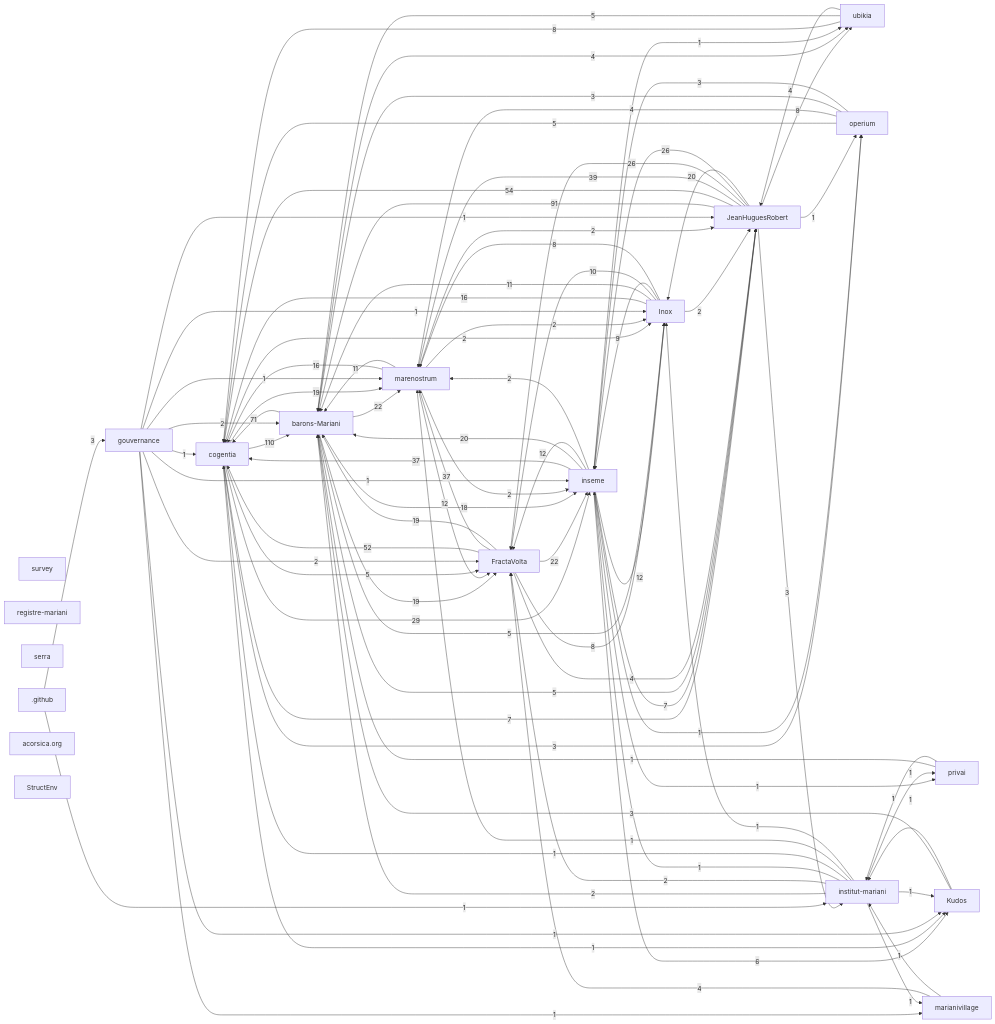
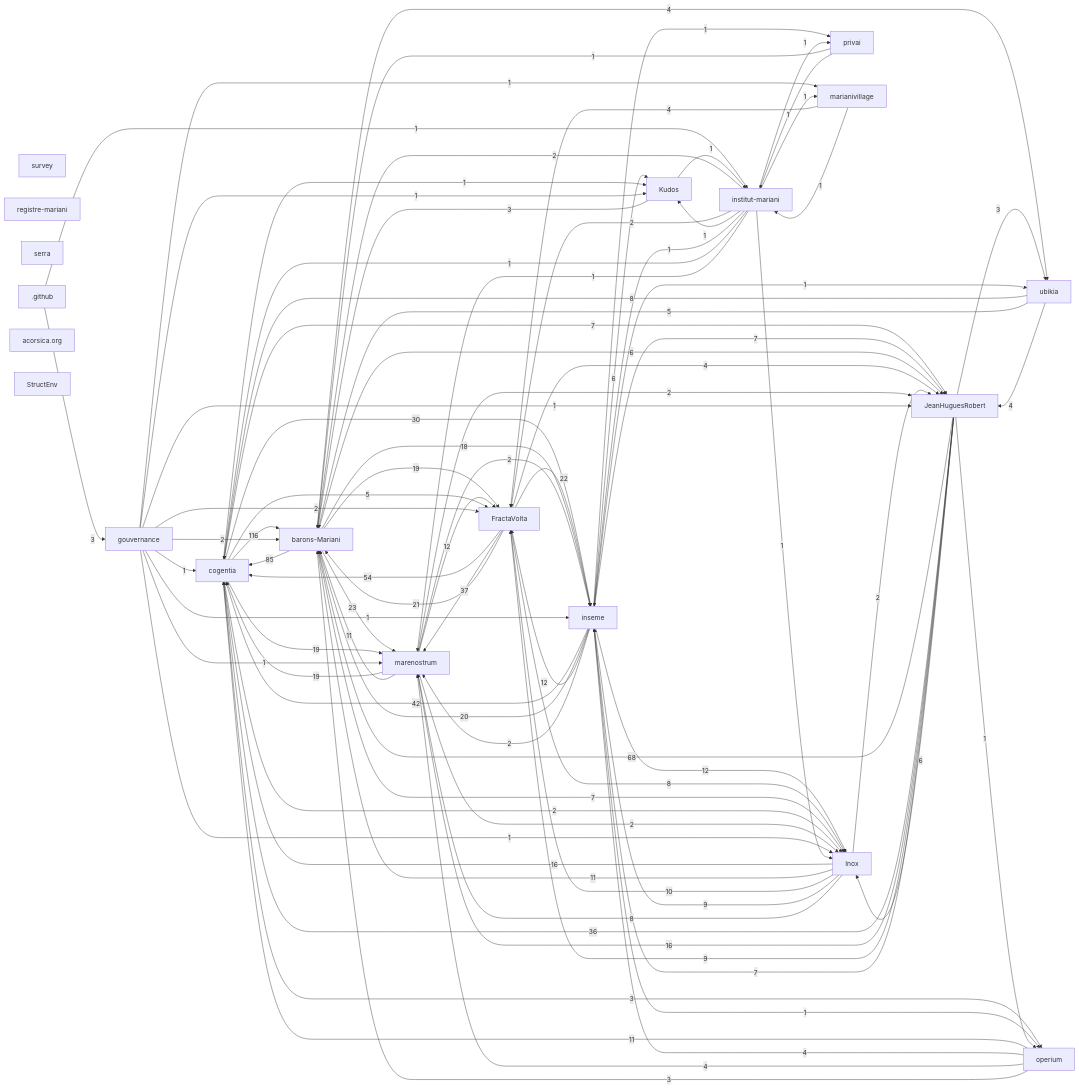
The diagram in research/corpus-status.md (JeanHuguesRobert/Inox), drawn with Mermaid before and after one commit. The commit also changed 7 other files, not shown here.

```diff
--- a/research/corpus-status.md
+++ b/research/corpus-status.md
@@ -73,57 +73,56 @@
   r_github[".github"]
   r_acorsica_org["acorsica.org"]
   r_structenv["StructEnv"]
-  r_cogentia -->|110| r_barons_mariani
-  r_jeanhuguesrobert -->|91| r_barons_mariani
-  r_barons_mariani -->|71| r_cogentia
-  r_jeanhuguesrobert -->|54| r_cogentia
-  r_fractavolta -->|52| r_cogentia
-  r_jeanhuguesrobert -->|39| r_marenostrum
+  r_cogentia -->|116| r_barons_mariani
+  r_barons_mariani -->|85| r_cogentia
+  r_jeanhuguesrobert -->|68| r_barons_mariani
+  r_fractavolta -->|54| r_cogentia
+  r_inseme -->|42| r_cogentia
   r_fractavolta -->|37| r_marenostrum
-  r_inseme -->|37| r_cogentia
-  r_cogentia -->|29| r_inseme
-  r_jeanhuguesrobert -->|26| r_fractavolta
-  r_jeanhuguesrobert -->|26| r_inseme
-  r_barons_mariani -->|22| r_marenostrum
+  r_jeanhuguesrobert -->|36| r_cogentia
+  r_cogentia -->|30| r_inseme
+  r_barons_mariani -->|23| r_marenostrum
   r_fractavolta -->|22| r_inseme
+  r_fractavolta -->|21| r_barons_mariani
   r_inseme -->|20| r_barons_mariani
-  r_jeanhuguesrobert -->|20| r_inox
   r_barons_mariani -->|19| r_fractavolta
   r_cogentia -->|19| r_marenostrum
-  r_fractavolta -->|19| r_barons_mariani
+  r_marenostrum -->|19| r_cogentia
   r_barons_mariani -->|18| r_inseme
   r_inox -->|16| r_cogentia
-  r_marenostrum -->|16| r_cogentia
+  r_jeanhuguesrobert -->|16| r_marenostrum
   r_inseme -->|12| r_fractavolta
   r_inseme -->|12| r_inox
   r_marenostrum -->|12| r_fractavolta
   r_inox -->|11| r_barons_mariani
   r_marenostrum -->|11| r_barons_mariani
+  r_operium -->|11| r_cogentia
   r_inox -->|10| r_fractavolta
   r_inox -->|9| r_inseme
+  r_jeanhuguesrobert -->|9| r_fractavolta
   r_fractavolta -->|8| r_inox
   r_inox -->|8| r_marenostrum
-  r_jeanhuguesrobert -->|8| r_ubikia
   r_ubikia -->|8| r_cogentia
+  r_barons_mariani -->|7| r_inox
   r_cogentia -->|7| r_jeanhuguesrobert
   r_inseme -->|7| r_jeanhuguesrobert
+  r_jeanhuguesrobert -->|7| r_inseme
+  r_barons_mariani -->|6| r_jeanhuguesrobert
   r_inseme -->|6| r_kudos
-  r_barons_mariani -->|5| r_inox
-  r_barons_mariani -->|5| r_jeanhuguesrobert
+  r_jeanhuguesrobert -->|6| r_inox
   r_cogentia -->|5| r_fractavolta
-  r_operium -->|5| r_cogentia
   r_ubikia -->|5| r_barons_mariani
   r_barons_mariani -->|4| r_ubikia
   r_fractavolta -->|4| r_jeanhuguesrobert
   r_marianivillage -->|4| r_fractavolta
+  r_operium -->|4| r_inseme
   r_operium -->|4| r_marenostrum
   r_ubikia -->|4| r_jeanhuguesrobert
   r_github -->|3| r_gouvernance
   r_cogentia -->|3| r_operium
-  r_jeanhuguesrobert -->|3| r_institut_mariani
+  r_jeanhuguesrobert -->|3| r_ubikia
   r_kudos -->|3| r_barons_mariani
   r_operium -->|3| r_barons_mariani
-  r_operium -->|3| r_inseme
   r_cogentia -->|2| r_inox
   r_gouvernance -->|2| r_barons_mariani
   r_gouvernance -->|2| r_fractavolta
```
